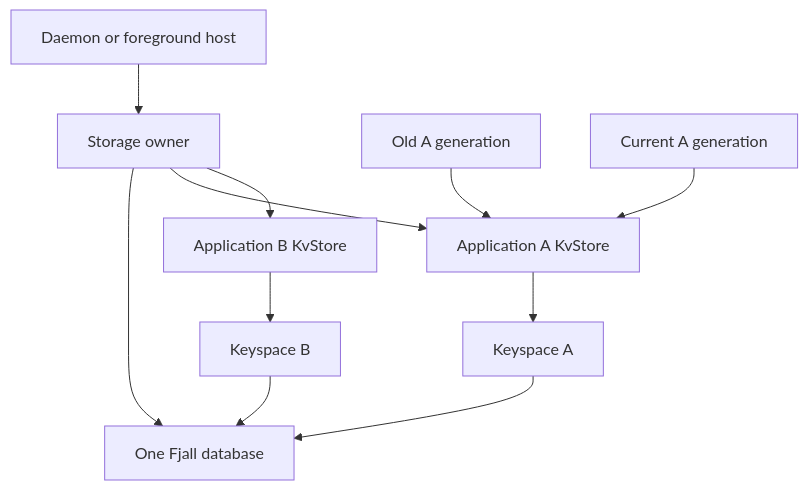
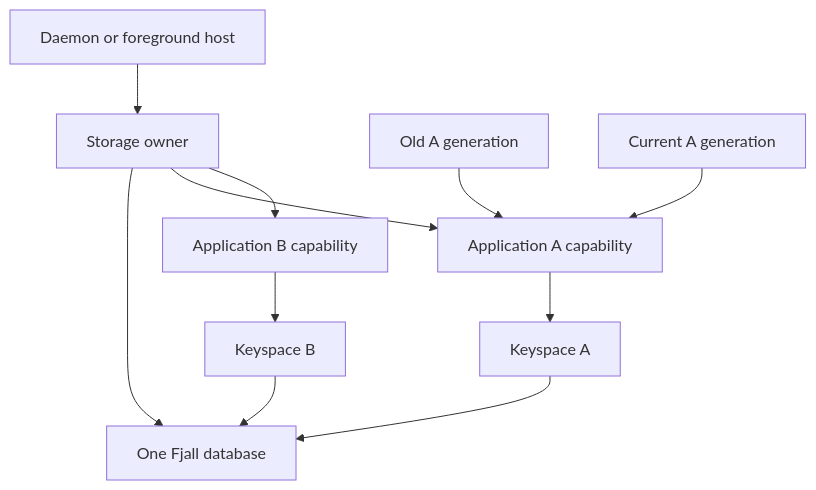
Before and after one commit to benjamin-wright/wasm-runner: the second of 2 diagrams in ARCHITECTURE.md, drawn with Mermaid. The commit also changed other lines of this file and 38 other files, not shown here.

````diff
--- a/ARCHITECTURE.md
+++ b/ARCHITECTURE.md
@@ -315,13 +291,13 @@
 ```mermaid
 flowchart TD
     Host[Daemon or foreground host] --> Storage[Storage owner]
     Storage --> DB[One Fjall database]
-    Storage --> A[Application A KvStore]
-    Storage --> B[Application B KvStore]
+    Storage --> A[Application A capability]
+    Storage --> B[Application B capability]
     A --> KA[Keyspace A]
     B --> KB[Keyspace B]
     KA --> DB
     KB --> DB
     Old[Old A generation] --> A
     New[Current A generation] --> A
 ```
````
